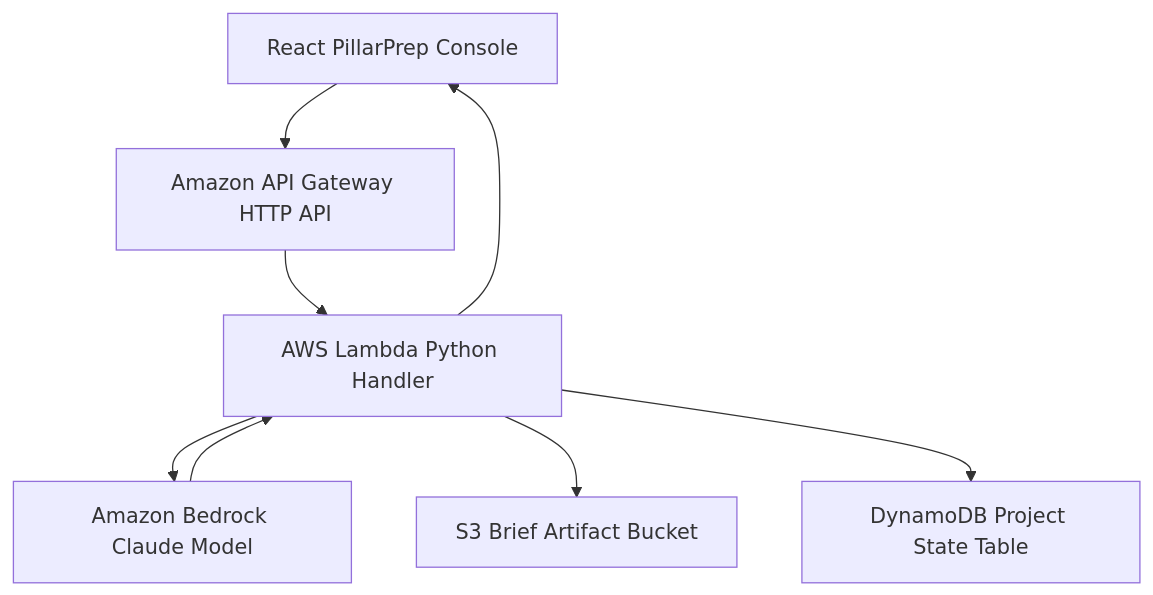
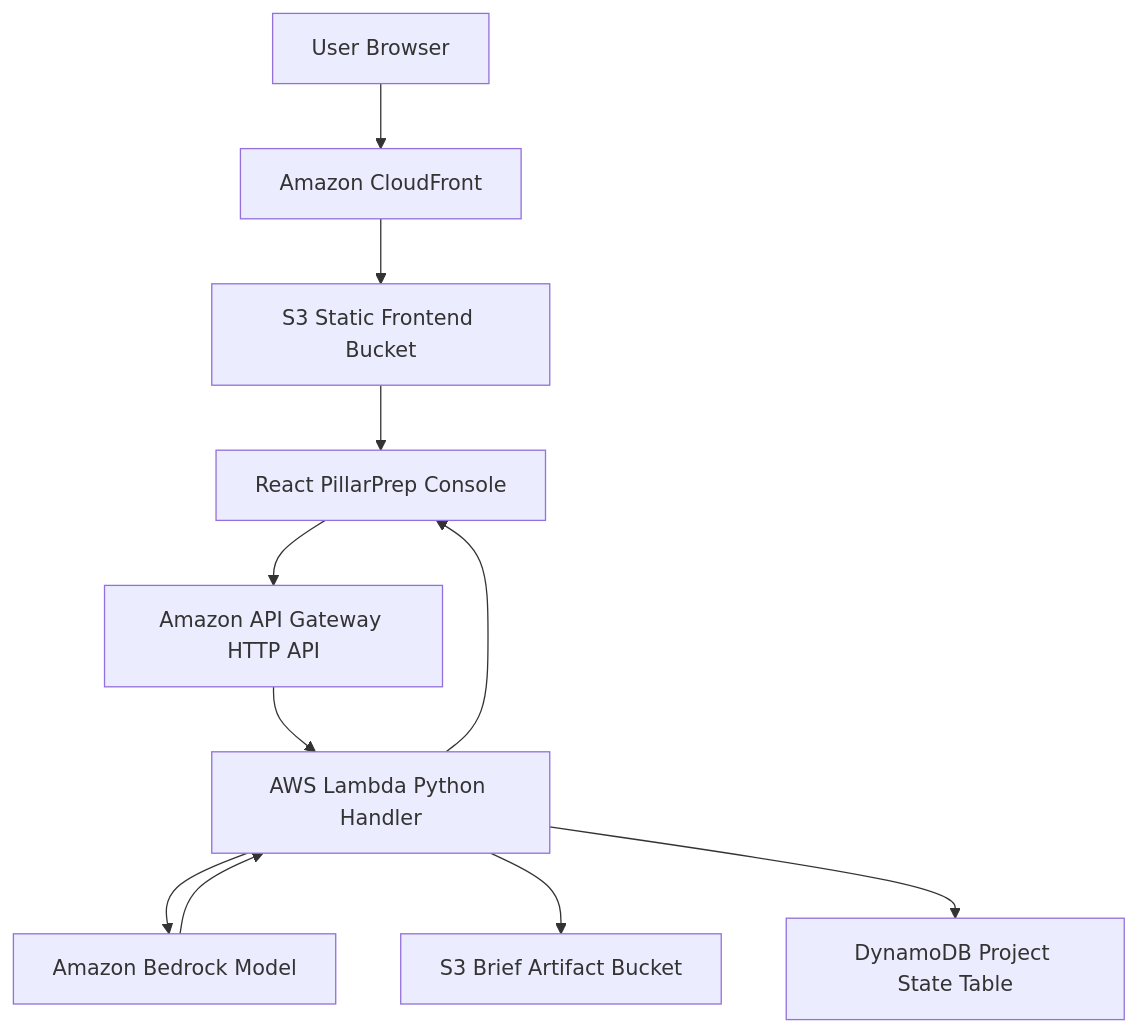
One commit to aadams35/Pilarprep changed the diagram in docs/aws-infrastructure-design.md. Above: the diagram before and after it, drawn with Mermaid. The commit also changed other lines of this file and 8 other files, not shown here.

Commit message:
Deploy static AWS frontend

````diff
--- a/docs/aws-infrastructure-design.md
+++ b/docs/aws-infrastructure-design.md
@@ -7,10 +7,13 @@
 ```mermaid
 flowchart TD
-  UI[React PillarPrep Console] --> API[Amazon API Gateway HTTP API]
+  USER[User Browser] --> CF[Amazon CloudFront]
+  CF --> S3FRONT[S3 Static Frontend Bucket]
+  S3FRONT --> UI[React PillarPrep Console]
+  UI --> API[Amazon API Gateway HTTP API]
   API --> LAMBDA[AWS Lambda Python Handler]
-  LAMBDA --> BEDROCK[Amazon Bedrock Claude Model]
+  LAMBDA --> BEDROCK[Amazon Bedrock Model]
   BEDROCK --> LAMBDA
   LAMBDA --> ARTIFACTS[S3 Brief Artifact Bucket]
   LAMBDA --> STATE[DynamoDB Project State Table]
   LAMBDA --> UI
 ```
````
